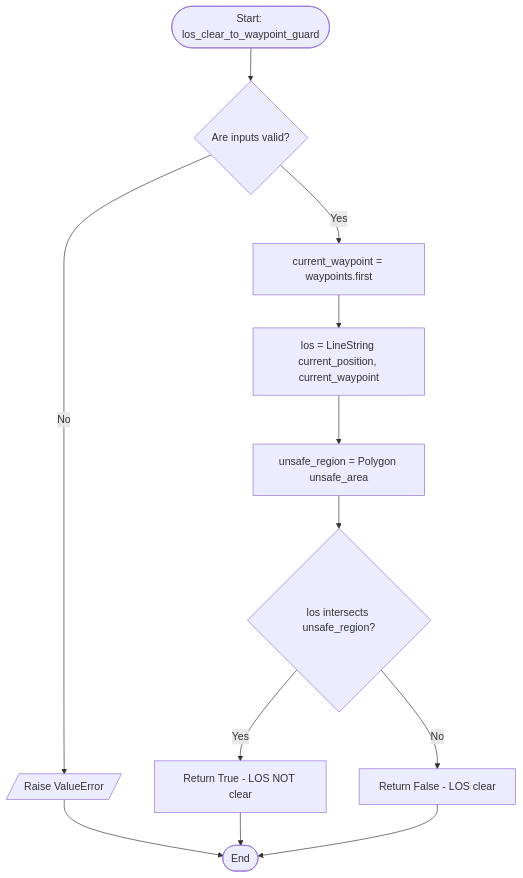
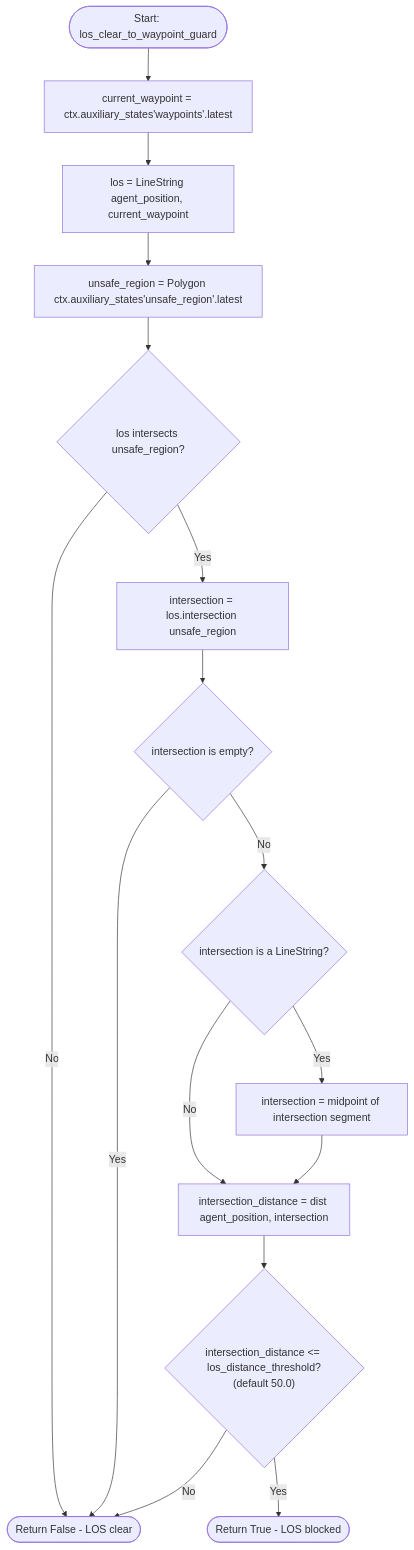
The diagram in docs/guards/los_clear_to_waypoint_guard.mmd (rymc-dev/colav-automaton), drawn with Mermaid before and after one commit. The commit also changed 51 other files, not shown here.

```diff
--- a/docs/guards/los_clear_to_waypoint_guard.mmd
+++ b/docs/guards/los_clear_to_waypoint_guard.mmd
@@ -1,15 +1,16 @@
 flowchart TD
-    A([Start: los_clear_to_waypoint_guard]) --> B{Are inputs valid?}
-    B -->|Yes| C[current_waypoint = waypoints.first]
-    B -->|No| D[/Raise ValueError/]
-    D --> J
-
-    C --> E[los = LineString current_position, current_waypoint]
-    E --> F[unsafe_region = Polygon unsafe_area]
-    F --> G{los intersects unsafe_region?}
-
-    G -->|Yes| H[Return True - LOS NOT clear]
-    G -->|No| I[Return False - LOS clear]
-
-    H --> J([End])
-    I --> J
+    A([Start: los_clear_to_waypoint_guard]) --> B[current_waypoint = ctx.auxiliary_states'waypoints'.latest]
+    B --> C[los = LineString agent_position, current_waypoint]
+    C --> D[unsafe_region = Polygon ctx.auxiliary_states'unsafe_region'.latest]
+    D --> E{los intersects unsafe_region?}
+    E -->|No| F([Return False - LOS clear])
+    E -->|Yes| G[intersection = los.intersection unsafe_region]
+    G --> H{intersection is empty?}
+    H -->|Yes| F
+    H -->|No| I{intersection is a LineString?}
+    I -->|Yes| J[intersection = midpoint of intersection segment]
+    I -->|No| K
+    J --> K[intersection_distance = dist agent_position, intersection]
+    K --> L{"intersection_distance <= los_distance_threshold?<br/>(default 50.0)"}
+    L -->|Yes| M([Return True - LOS blocked])
+    L -->|No| F
```
